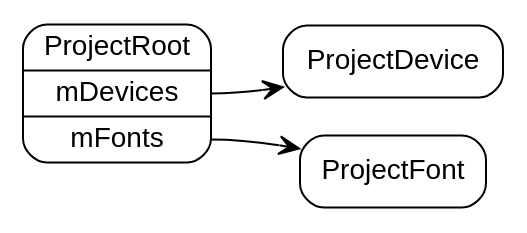
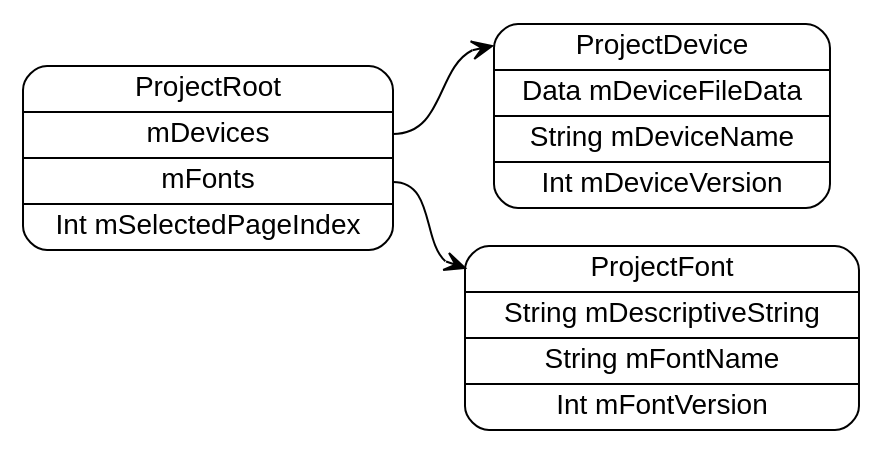
One commit to pierremolinaro/ElCanari-dev changed the diagram in models/ProjectRoot.dot. Above: the diagram before and after it, drawn with Graphviz. The commit also changed 12 other files, not shown here.

```diff
--- a/models/ProjectRoot.dot
+++ b/models/ProjectRoot.dot
@@ -1,9 +1,9 @@
 digraph G {
   rankdir=LR ;
   node [shape=record fontname=helvetica style=rounded] ;
-  ProjectRoot[label="<ProjectRoot>ProjectRoot|<mDevices>mDevices|<mFonts>mFonts"] ;
-  ProjectFont[label="<ProjectFont>ProjectFont"] ;
-  ProjectDevice[label="<ProjectDevice>ProjectDevice"] ;
+  ProjectRoot[label="<ProjectRoot>ProjectRoot|<mDevices>mDevices|<mFonts>mFonts|Int mSelectedPageIndex"] ;
+  ProjectFont[label="<ProjectFont>ProjectFont|String mDescriptiveString|String mFontName|Int mFontVersion"] ;
+  ProjectDevice[label="<ProjectDevice>ProjectDevice|Data mDeviceFileData|String mDeviceName|Int mDeviceVersion"] ;
   ProjectRoot:mDevices -> ProjectDevice:ProjectDevice [dir=both arrowtail=none arrowhead=vee] ;
   ProjectRoot:mFonts -> ProjectFont:ProjectFont [dir=both arrowtail=none arrowhead=vee] ;
 }
```
